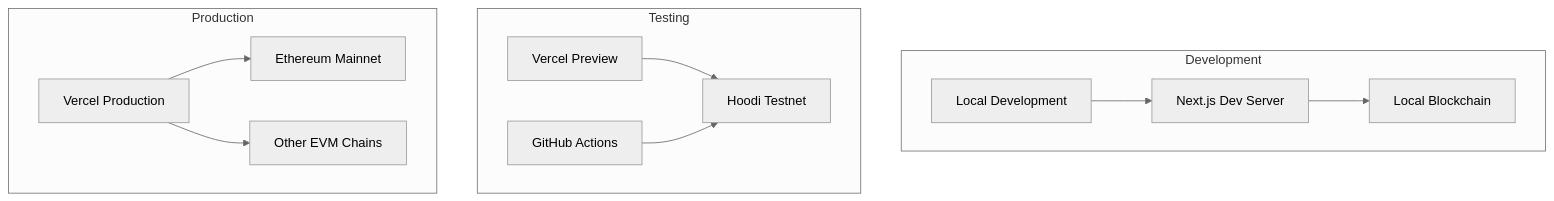
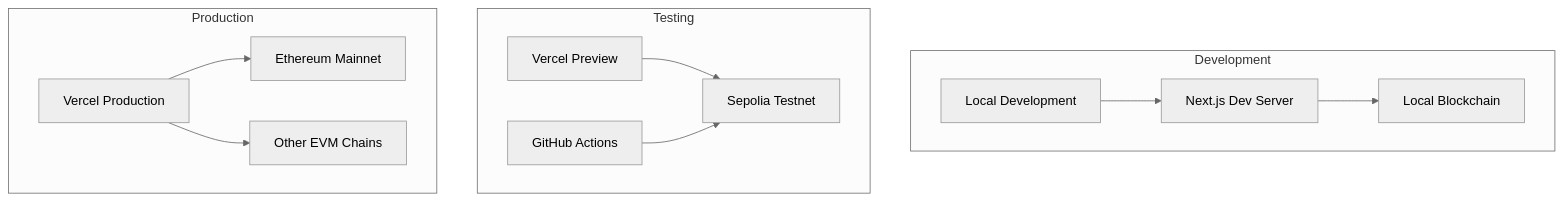
The seventh of 7 diagrams in docs/architecture.md (swapnilraj/fix-descriptor), drawn with Mermaid (neutral theme) before and after one commit. The commit also changed other lines of this file and 7 other files, not shown here.

First line of the commit message:
Update deployment documentation and code references to switch from Hoodi testnet to Sepolia testnet

````diff
--- a/docs/architecture.md
+++ b/docs/architecture.md
@@ -348,17 +348,17 @@
 ```mermaid
 graph TB
     subgraph "Development"
         A[Local Development] --> B[Next.js Dev Server]
         B --> C[Local Blockchain]
     end
     
     subgraph "Testing"
-        D[Vercel Preview] --> E[Hoodi Testnet]
+        D[Vercel Preview] --> E[Sepolia Testnet]
         F[GitHub Actions] --> E
     end
     
     subgraph "Production"
         G[Vercel Production] --> H[Ethereum Mainnet]
         G --> I[Other EVM Chains]
     end
 ```
````
